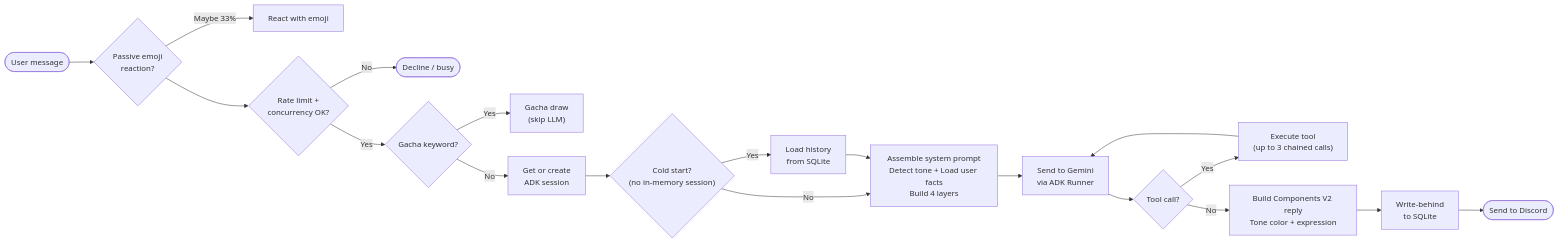
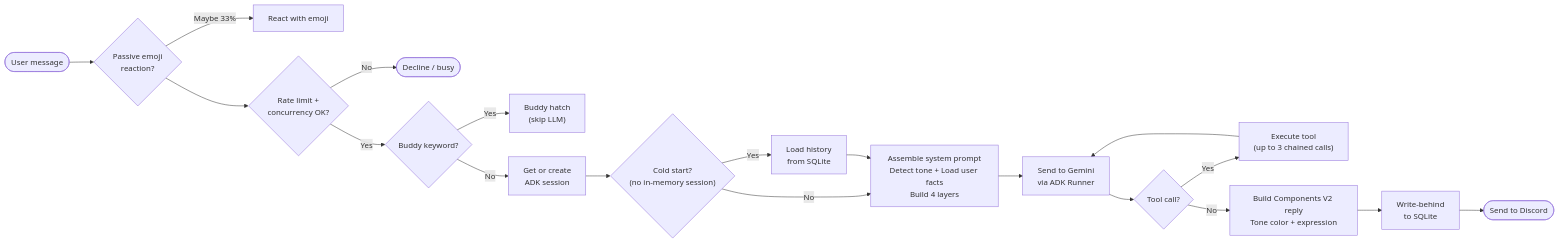
The second of 9 diagrams in README.md (AlaskanTuna/rokabot), drawn with Mermaid before and after one commit. The commit also changed other lines of this file, not shown here.

Commit message:
docs: update README with buddy pets, sharp pipeline, command reworks, and slash command reference

````diff
--- a/README.md
+++ b/README.md
@@ -61,21 +67,21 @@
 ```mermaid
 flowchart LR
     Start([User message]) --> Reaction{"Passive emoji\nreaction?"}
     Reaction -->|Maybe 33%| React["React with emoji"]
     Reaction --> Guards{Rate limit +\nconcurrency OK?}
     Guards -->|No| Reject([Decline / busy])
-    Guards -->|Yes| Gacha{Gacha keyword?}
-    Gacha -->|Yes| Draw["Gacha draw\n(skip LLM)"]
-    Gacha -->|No| Session["Get or create\nADK session"]
+    Guards -->|Yes| Buddy{Buddy keyword?}
+    Buddy -->|Yes| Hatch["Buddy hatch\n(skip LLM)"]
+    Buddy -->|No| Session["Get or create\nADK session"]
     Session --> Rehydrate{"Cold start?\n(no in-memory session)"}
     Rehydrate -->|Yes| Load["Load history\nfrom SQLite"]
     Rehydrate -->|No| Prompt
     Load --> Prompt["Assemble system prompt\nDetect tone + Load user facts\nBuild 4 layers"]
     Prompt --> Gemini["Send to Gemini\nvia ADK Runner"]
     Gemini --> ToolCheck{Tool call?}
     ToolCheck -->|Yes| Execute["Execute tool\n(up to 3 chained calls)"]
     Execute --> Gemini
     ToolCheck -->|No| Format["Build Components V2 reply\nTone color + expression"]
     Format --> Persist["Write-behind\nto SQLite"]
     Persist --> Send([Send to Discord])
 ```
````
